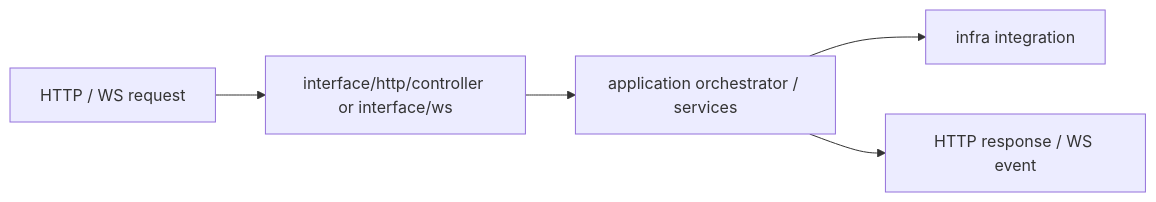
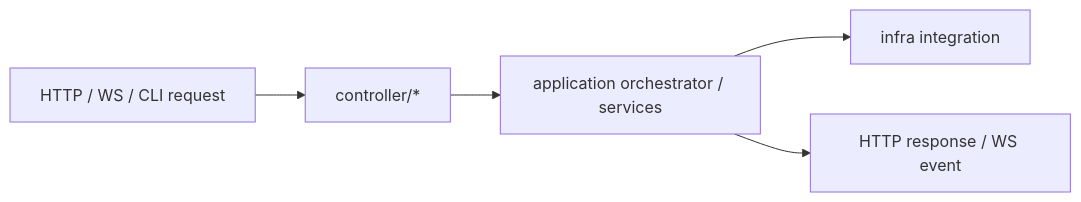
Before and after one commit to zhongmiao-org/meta-lc-platform: the diagram in packages/bff/README.md, drawn with Mermaid. The commit also changed other lines of this file and 97 other files, not shown here.

````diff
--- a/packages/bff/README.md
+++ b/packages/bff/README.md
@@ -79,7 +88,7 @@
 ```mermaid
 flowchart LR
-  Http["HTTP / WS request"] --> Entry["interface/http/controller or interface/ws"]
+  Http["HTTP / WS / CLI request"] --> Entry["controller/*"]
   Entry --> App["application orchestrator / services"]
   App --> Infra["infra integration"]
   App --> Response["HTTP response / WS event"]
 ```
````
